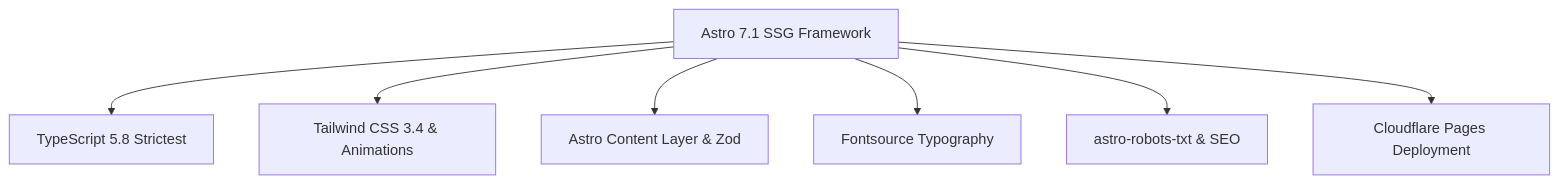
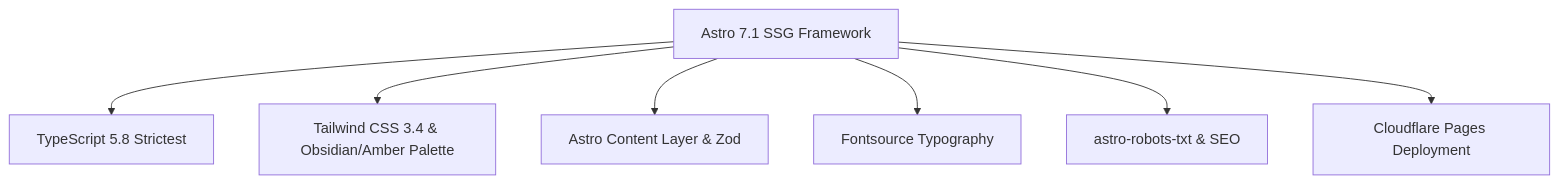
Before and after one commit to Flavio-Ore/Gonfolio: the diagram in docs/SYSTEM_OVERVIEW.md, drawn with Mermaid. The commit also changed other lines of this file and 36 other files, not shown here.

````diff
--- a/docs/SYSTEM_OVERVIEW.md
+++ b/docs/SYSTEM_OVERVIEW.md
@@ -28,9 +29,9 @@
 ```mermaid
 graph TD
     A[Astro 7.1 SSG Framework] --> B[TypeScript 5.8 Strictest]
-    A --> C[Tailwind CSS 3.4 & Animations]
+    A --> C[Tailwind CSS 3.4 & Obsidian/Amber Palette]
     A --> D[Astro Content Layer & Zod]
     A --> E[Fontsource Typography]
     A --> F[astro-robots-txt & SEO]
     A --> G[Cloudflare Pages Deployment]
 ```
````
